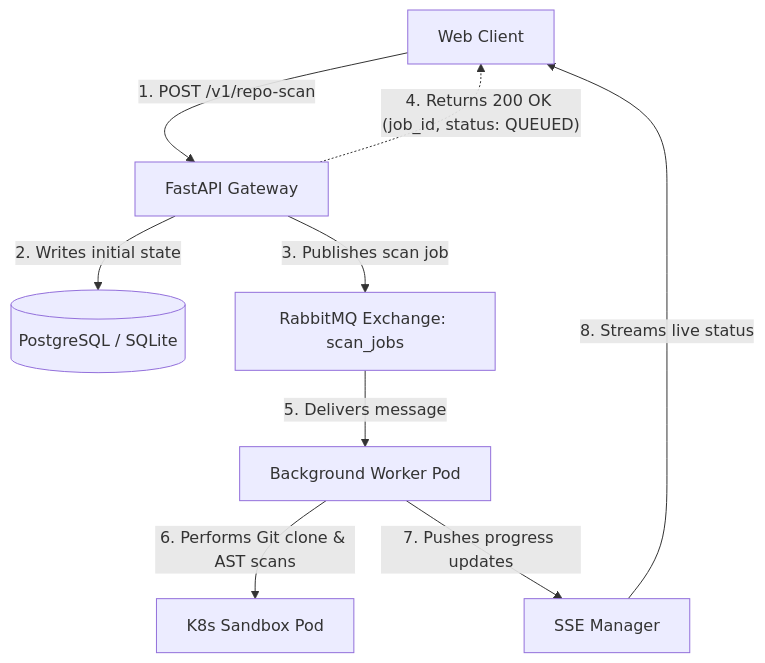
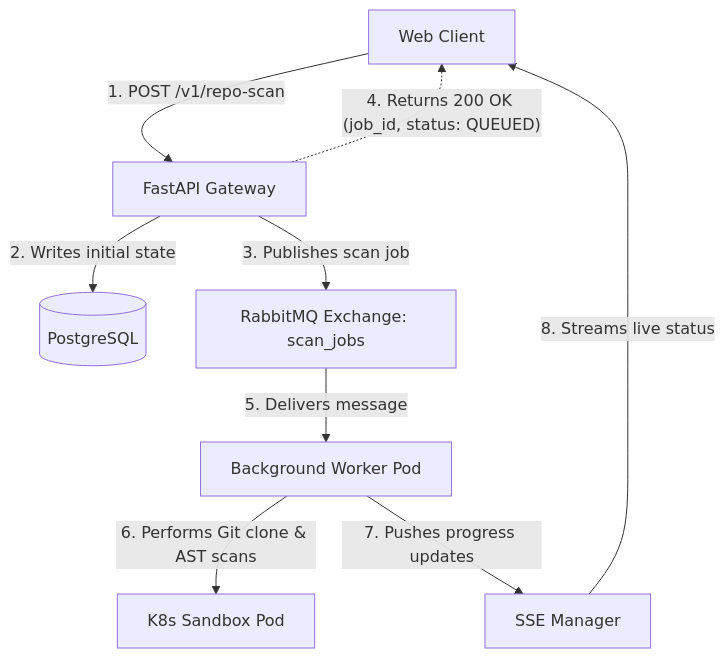
Before and after one commit to 01cloud/01-Sandbox: the first of 2 diagrams in docs/technical-presentation-Jun26.md, drawn with Mermaid.

Commit message:
docs(readme): update readmefile

````diff
--- a/docs/technical-presentation-Jun26.md
+++ b/docs/technical-presentation-Jun26.md
@@ -34,11 +34,11 @@
 ```mermaid
 graph TD
     Client[Web Client] -->|1. POST /v1/repo-scan| API[FastAPI Gateway]
-    API -->|2. Writes initial state| DB[(PostgreSQL / SQLite)]
+    API -->|2. Writes initial state| DB[(PostgreSQL)]
     API -->|3. Publishes scan job| RMQ[RabbitMQ Exchange: scan_jobs]
     API -.->|"4. Returns 200 OK (job_id, status: QUEUED)"| Client
     RMQ -->|5. Delivers message| Worker[Background Worker Pod]
     Worker -->|6. Performs Git clone & AST scans| Sandbox[K8s Sandbox Pod]
     Worker -->|7. Pushes progress updates| SSE[SSE Manager]
     SSE -->|8. Streams live status| Client
 ```
````
